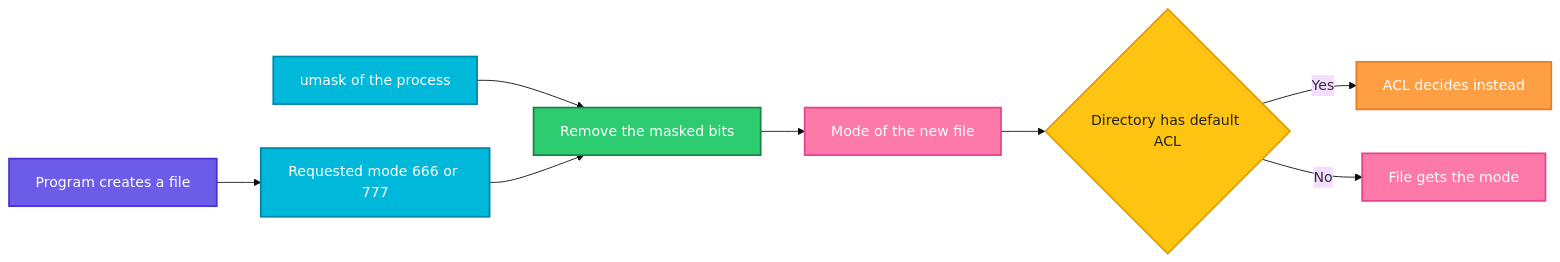
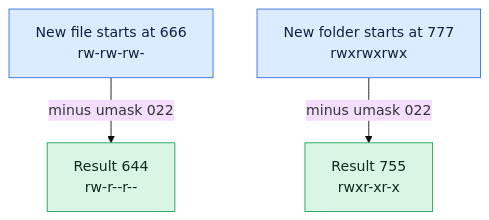
The diagram in linux/permissions/umask.md (codeKerdosTech/DevOps-Documentation), drawn with Mermaid (base theme) before and after one commit. The commit also changed other lines of this file and 165 other files, not shown here.

Commit message:
updated diagrams in linux

````diff
--- a/linux/permissions/umask.md
+++ b/linux/permissions/umask.md
@@ -40,24 +40,12 @@
 ```mermaid
-flowchart LR
-    A[Program creates a file] --> B[Requested mode 666 or 777]
-    C[umask of the process] --> D[Remove the masked bits]
-    B --> D
-    D --> E[Mode of the new file]
-    E --> F{Directory has default ACL}
-    F -->|Yes| G[ACL decides instead]
-    F -->|No| H[File gets the mode]
-    classDef start fill:#6C5CE7,stroke:#4834D4,stroke-width:2px,color:#fff
-    classDef proc fill:#00B8D9,stroke:#0087A8,stroke-width:2px,color:#fff
-    classDef dec fill:#FFC312,stroke:#E1A100,stroke-width:2px,color:#222
-    classDef ok fill:#2ECC71,stroke:#1E8449,stroke-width:2px,color:#fff
-    classDef err fill:#FF4757,stroke:#C0392B,stroke-width:2px,color:#fff
-    classDef out fill:#FD79A8,stroke:#E84393,stroke-width:2px,color:#fff
-    classDef alt fill:#FF9F43,stroke:#E67E22,stroke-width:2px,color:#fff
-    class A start
-    class B,C proc
-    class D ok
-    class E out
-    class F dec
-    class G alt
-    class H out
+flowchart TD
+    i1[New file starts at 666<br/>rw-rw-rw-] -->|minus umask 022| o1[Result 644<br/>rw-r--r--]
+    i2[New folder starts at 777<br/>rwxrwxrwx] -->|minus umask 022| o2[Result 755<br/>rwxr-xr-x]
+    classDef inp fill:#DCEBFF,stroke:#2F6FDE,color:#10213F
+    classDef cmd fill:#FFF0C2,stroke:#C98A00,color:#3A2A00
+    classDef out fill:#D9F5E3,stroke:#1F9D55,color:#0B2E1A
+    classDef bad fill:#FDE0E0,stroke:#D13B3B,color:#4A0F0F
+    classDef note fill:#ECEFF3,stroke:#7B8794,color:#1F2933
+    class i1,i2 inp
+    class o1,o2 out
 ```
````
